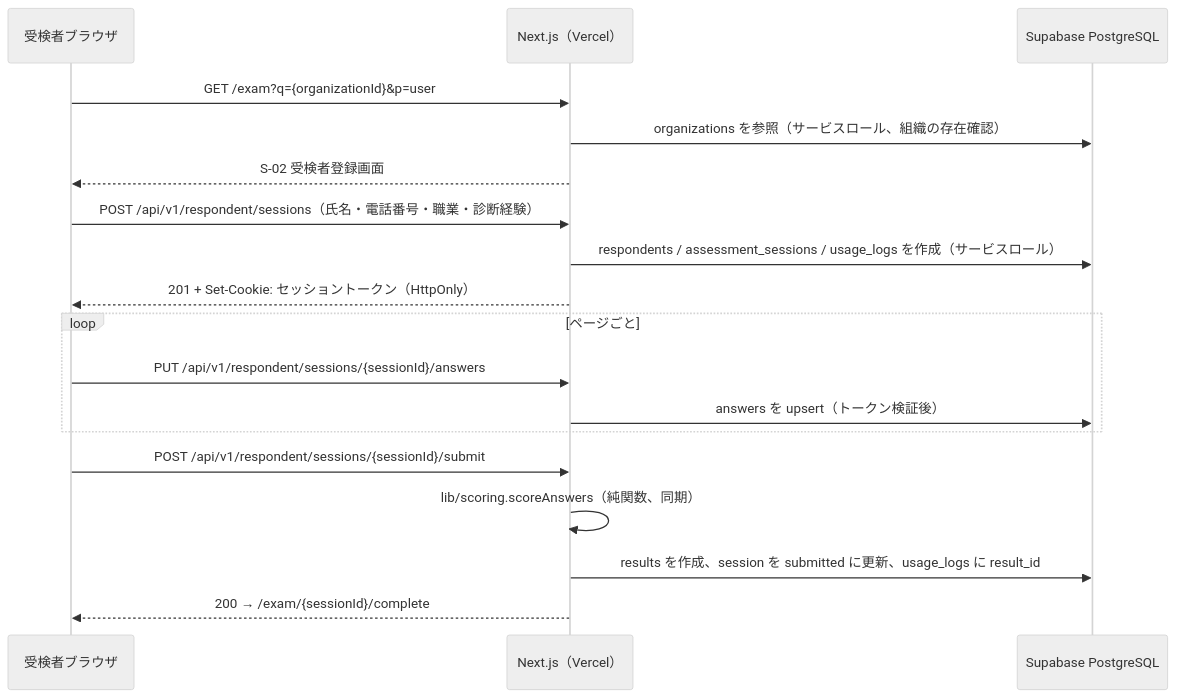
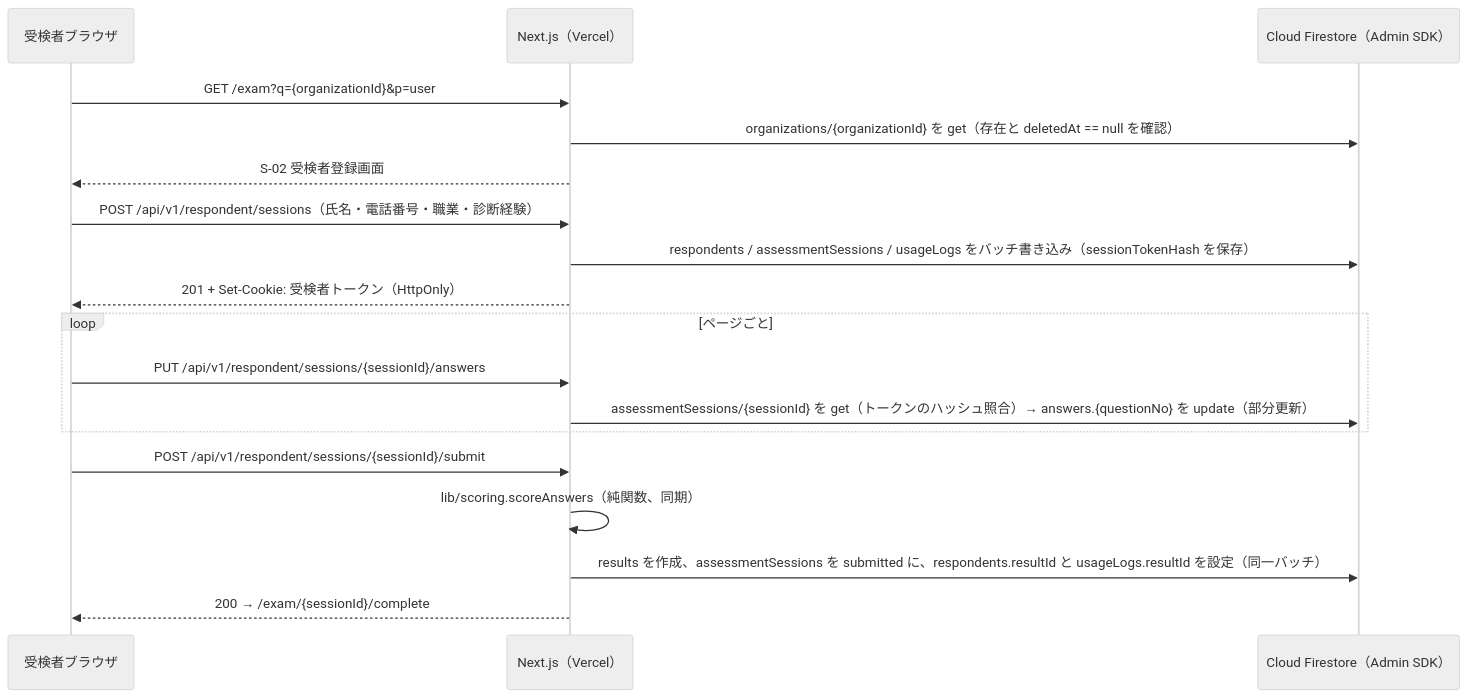
The second of 7 diagrams in docs/基本設計/01_システム構成.md (tanukichiyamaguchi/Tekisei-Kensa), drawn with Mermaid (neutral theme) before and after one commit. The commit also changed other lines of this file and 2 other files, not shown here.

````diff
--- a/docs/基本設計/01_システム構成.md
+++ b/docs/基本設計/01_システム構成.md
@@ -115,20 +130,20 @@
 ```mermaid
 sequenceDiagram
     participant R as 受検者ブラウザ
     participant N as Next.js（Vercel）
-    participant DB as Supabase PostgreSQL
+    participant FS as Cloud Firestore（Admin SDK）
     R->>N: GET /exam?q={organizationId}&p=user
-    N->>DB: organizations を参照（サービスロール、組織の存在確認）
+    N->>FS: organizations/{organizationId} を get（存在と deletedAt == null を確認）
     N-->>R: S-02 受検者登録画面
     R->>N: POST /api/v1/respondent/sessions（氏名・電話番号・職業・診断経験）
-    N->>DB: respondents / assessment_sessions / usage_logs を作成（サービスロール）
-    N-->>R: 201 + Set-Cookie: セッショントークン（HttpOnly）
+    N->>FS: respondents / assessmentSessions / usageLogs をバッチ書き込み（sessionTokenHash を保存）
+    N-->>R: 201 + Set-Cookie: 受検者トークン（HttpOnly）
     loop ページごと
         R->>N: PUT /api/v1/respondent/sessions/{sessionId}/answers
-        N->>DB: answers を upsert（トークン検証後）
+        N->>FS: assessmentSessions/{sessionId} を get（トークンのハッシュ照合）→ answers.{questionNo} を update（部分更新）
     end
     R->>N: POST /api/v1/respondent/sessions/{sessionId}/submit
     N->>N: lib/scoring.scoreAnswers（純関数、同期）
-    N->>DB: results を作成、session を submitted に更新、usage_logs に result_id
+    N->>FS: results を作成、assessmentSessions を submitted に、respondents.resultId と usageLogs.resultId を設定（同一バッチ）
     N-->>R: 200 → /exam/{sessionId}/complete
 ```
````
